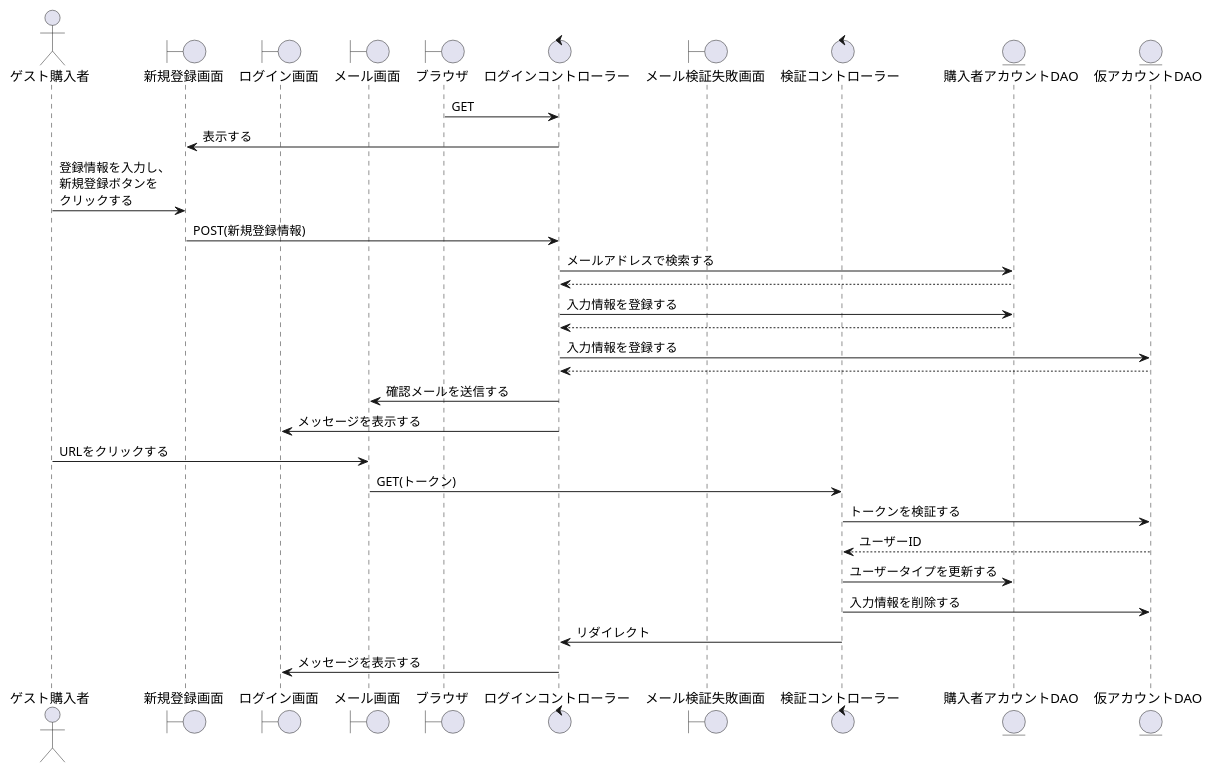
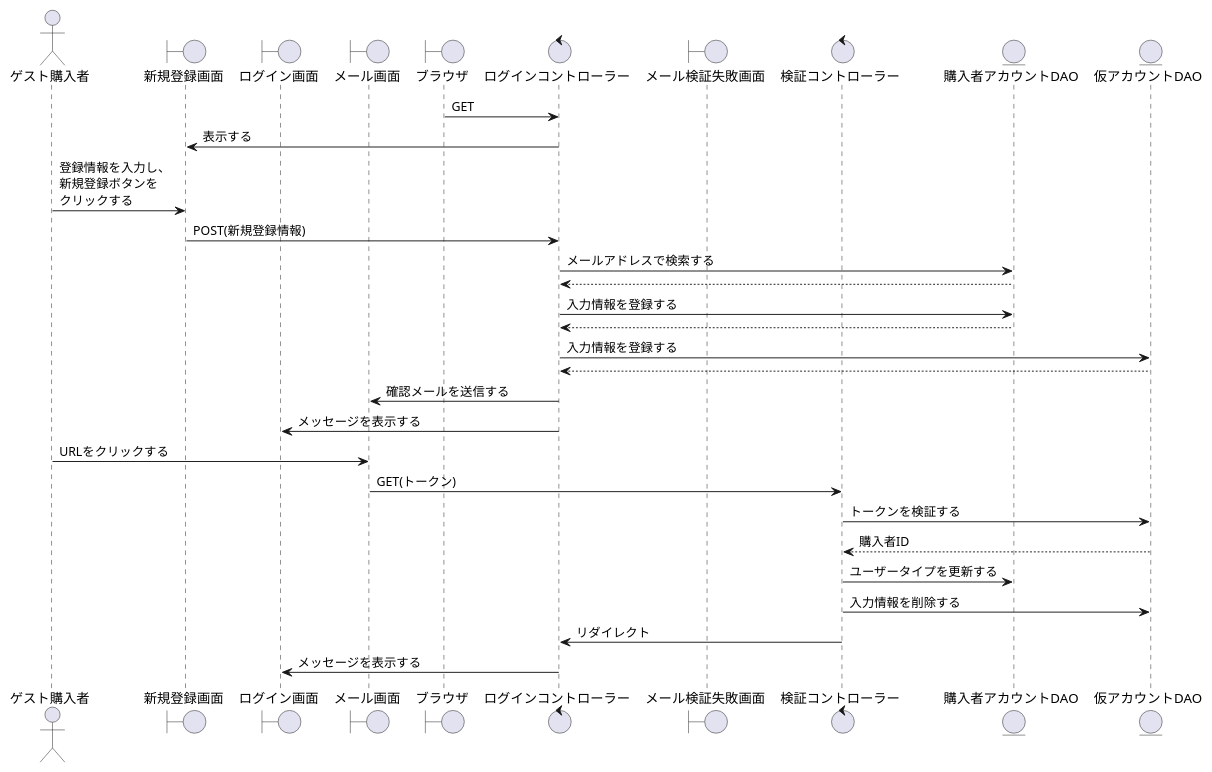
Before and after one commit to SK-B-S/PJ: the diagram in PJ_シーケンス/購入者/新規登録.wsd, drawn with PlantUML. The commit also changed 1 other file, not shown here.

```diff
--- a/PJ_シーケンス/購入者/新規登録.wsd
+++ b/PJ_シーケンス/購入者/新規登録.wsd
@@ -1,38 +1,38 @@
 @startuml 新規登録
 
 actor    "ゲスト購入者" as account
 boundary "新規登録画面" as new_registration
 boundary "ログイン画面" as login
 boundary "メール画面" as mail
 boundary "ブラウザ" as brz
 control  "ログインコントローラー" as login_c
 boundary "メール検証失敗画面" as mail_fail
 control  "検証コントローラー" as verification_c
 entity   "購入者アカウントDAO" as account_db
 entity   "仮アカウントDAO" as account_db_provisional
 
 
 '------------------------------------------------------------------------------------
 
 brz -> login_c : GET
 new_registration <- login_c : 表示する
 account -> new_registration: 登録情報を入力し、\n新規登録ボタンを\nクリックする
 new_registration-> login_c: POST(新規登録情報)
 login_c -> account_db: メールアドレスで検索する
 login_c <-- account_db
 login_c -> account_db : 入力情報を登録する
 account_db-->login_c
 login_c -> account_db_provisional : 入力情報を登録する
 account_db_provisional-->login_c
 login_c -> mail : 確認メールを送信する
 login_c -> login : メッセージを表示する
 account -> mail : URLをクリックする
 mail -> verification_c : GET(トークン)
 verification_c -> account_db_provisional : トークンを検証する
-verification_c <-- account_db_provisional : ユーザーID
+verification_c <-- account_db_provisional : 購入者ID
 verification_c -> account_db : ユーザータイプを更新する
 verification_c -> account_db_provisional : 入力情報を削除する
 verification_c -> login_c : リダイレクト
 login <- login_c : メッセージを表示する
 
 @enduml
```
